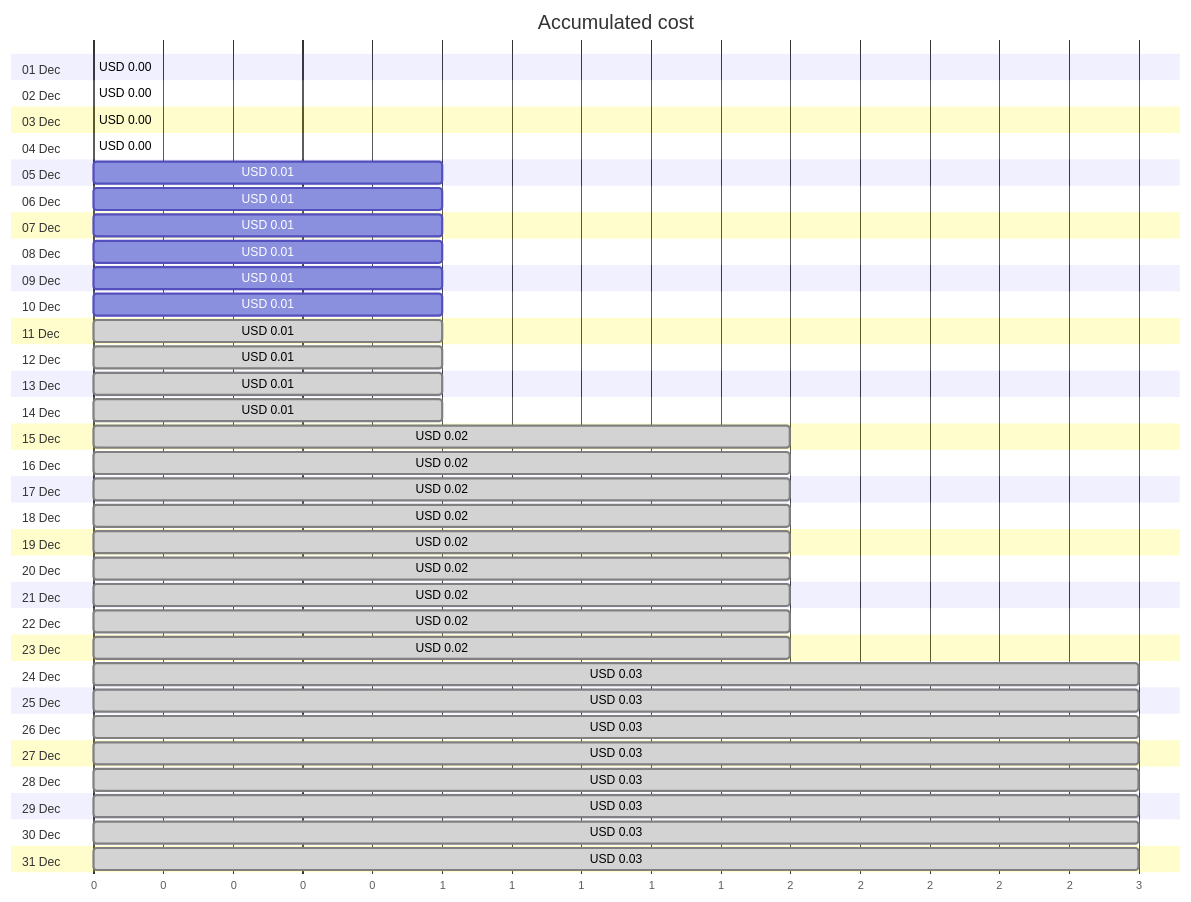
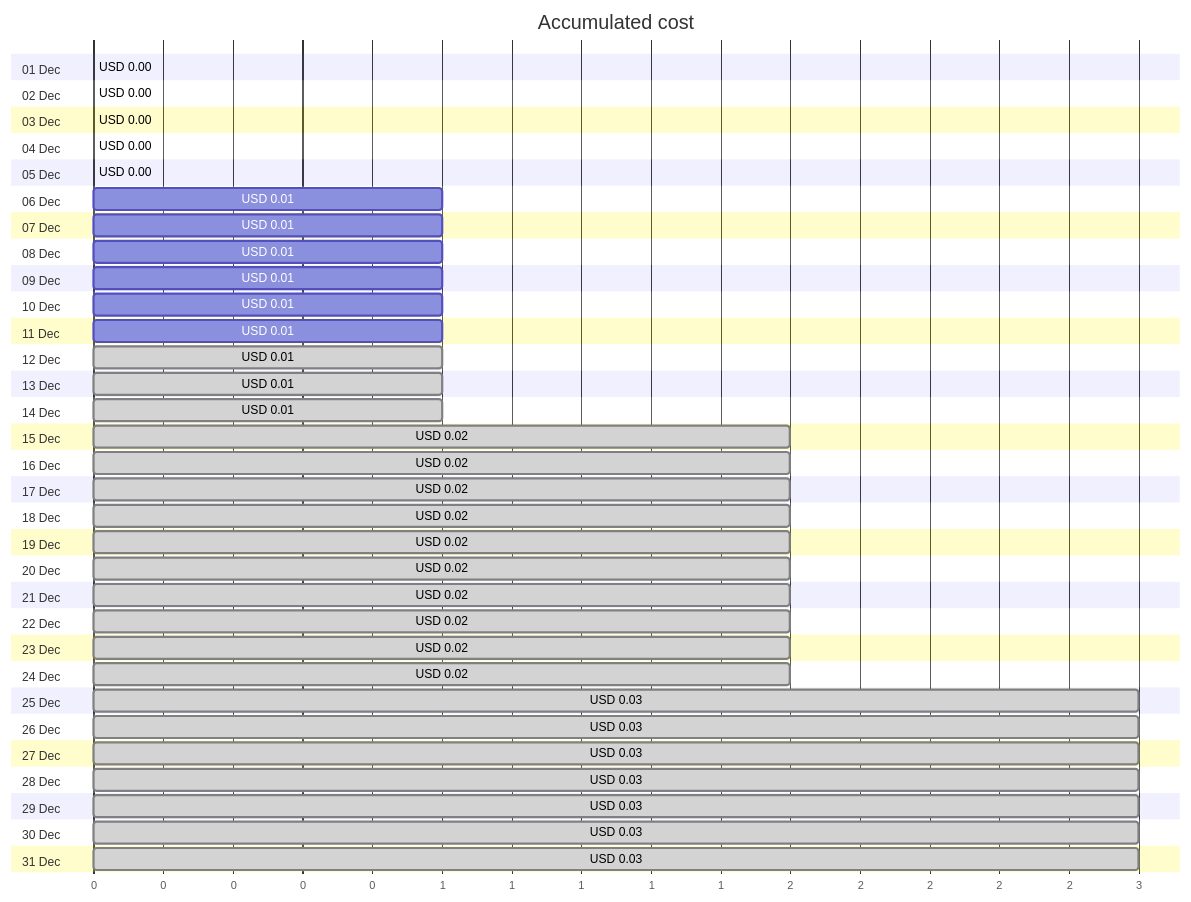
Before and after one commit to jpfulton/azure-personal-reports: the first of 4 diagrams in cost-reports/personal-site/personalsiteapipreview.md, drawn with Mermaid. The commit also changed other lines of this file and 6 other files, not shown here.

````diff
--- a/cost-reports/personal-site/personalsiteapipreview.md
+++ b/cost-reports/personal-site/personalsiteapipreview.md
@@ -20,68 +20,68 @@
 ```mermaid
 gantt
    title Accumulated cost
    dateFormat  X
    axisFormat %s
    section 01 Dec
    USD 0.00 :0, 0
    section 02 Dec
    USD 0.00 :0, 0
    section 03 Dec
    USD 0.00 :0, 0
    section 04 Dec
    USD 0.00 :0, 0
    section 05 Dec
-   USD 0.01 :0, 1
+   USD 0.00 :0, 0
    section 06 Dec
    USD 0.01 :0, 1
    section 07 Dec
    USD 0.01 :0, 1
    section 08 Dec
    USD 0.01 :0, 1
    section 09 Dec
    USD 0.01 :0, 1
    section 10 Dec
    USD 0.01 :0, 1
    section 11 Dec
-   USD 0.01 : done, 0, 1
+   USD 0.01 :0, 1
    section 12 Dec
    USD 0.01 : done, 0, 1
    section 13 Dec
    USD 0.01 : done, 0, 1
    section 14 Dec
    USD 0.01 : done, 0, 1
    section 15 Dec
    USD 0.02 : done, 0, 2
    section 16 Dec
    USD 0.02 : done, 0, 2
    section 17 Dec
    USD 0.02 : done, 0, 2
    section 18 Dec
    USD 0.02 : done, 0, 2
    section 19 Dec
    USD 0.02 : done, 0, 2
    section 20 Dec
    USD 0.02 : done, 0, 2
    section 21 Dec
    USD 0.02 : done, 0, 2
    section 22 Dec
    USD 0.02 : done, 0, 2
    section 23 Dec
    USD 0.02 : done, 0, 2
    section 24 Dec
-   USD 0.03 : done, 0, 3
+   USD 0.02 : done, 0, 2
    section 25 Dec
    USD 0.03 : done, 0, 3
    section 26 Dec
    USD 0.03 : done, 0, 3
    section 27 Dec
    USD 0.03 : done, 0, 3
    section 28 Dec
    USD 0.03 : done, 0, 3
    section 29 Dec
    USD 0.03 : done, 0, 3
    section 30 Dec
    USD 0.03 : done, 0, 3
    section 31 Dec
    USD 0.03 : done, 0, 3
 ```
````
